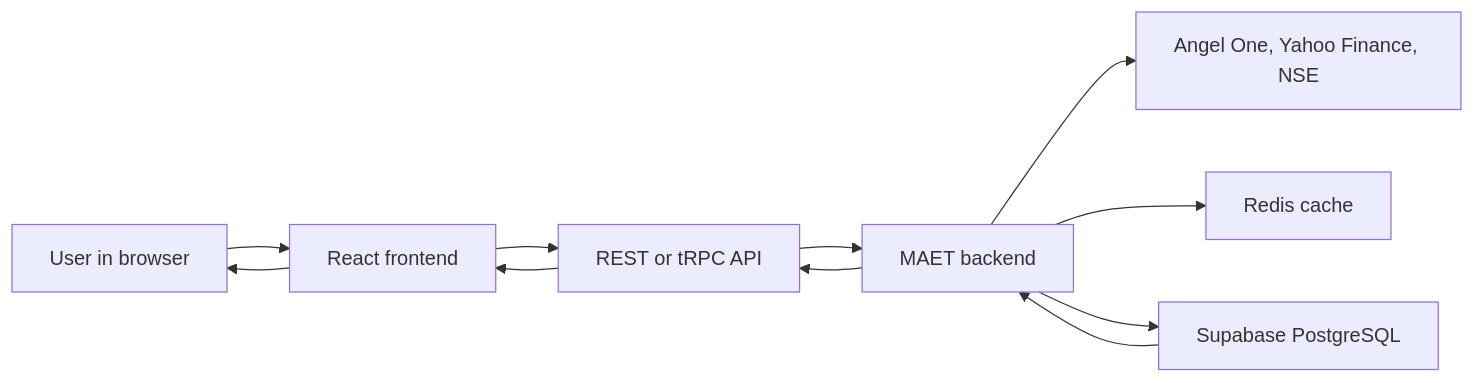
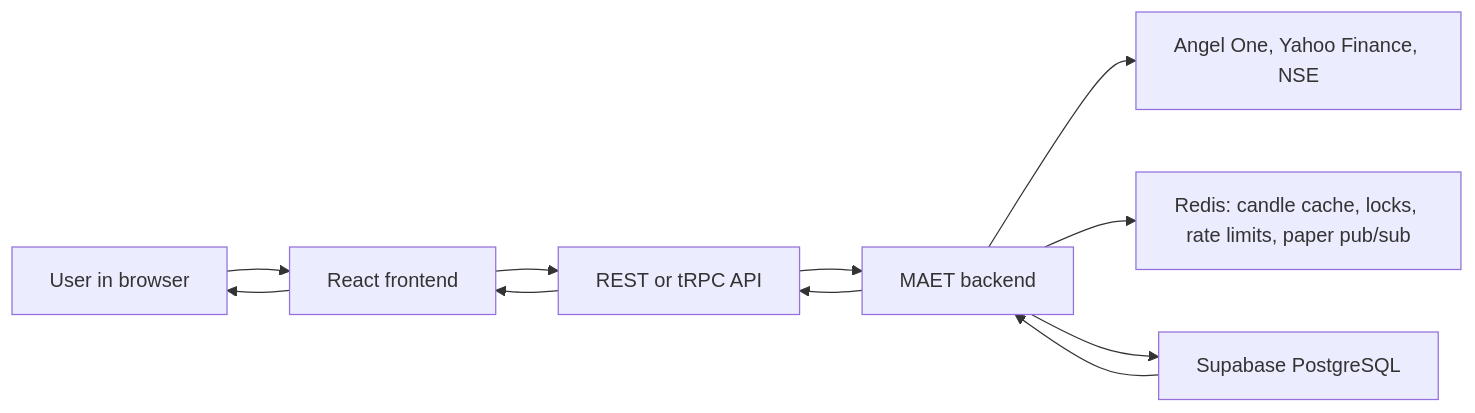
Before and after one commit to tanmay-alpha/MAET: the diagram in PROJECT_GUIDE.md, drawn with Mermaid. The commit also changed other lines of this file and 5 other files, not shown here.

````diff
--- a/PROJECT_GUIDE.md
+++ b/PROJECT_GUIDE.md
@@ -31,13 +31,13 @@
 ```mermaid
 flowchart LR
   User[User in browser] --> Frontend[React frontend]
   Frontend --> API[REST or tRPC API]
   API --> Server[MAET backend]
   Server --> Providers[Angel One, Yahoo Finance, NSE]
-  Server --> Cache[Redis cache]
+  Server --> Cache[Redis: candle cache, locks, rate limits, paper pub/sub]
   Server --> Database[Supabase PostgreSQL]
   Database --> Server
   Server --> API
   API --> Frontend
   Frontend --> User
 ```
````
